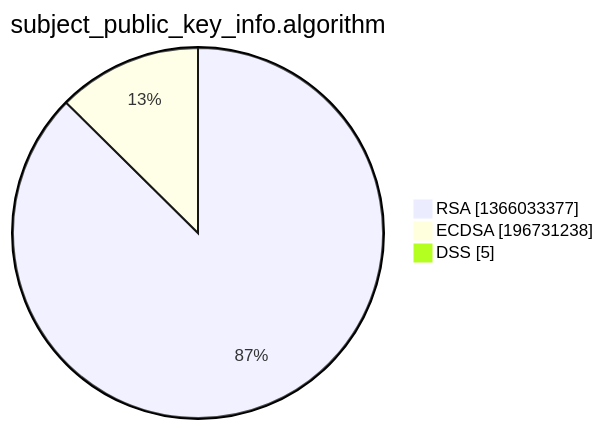
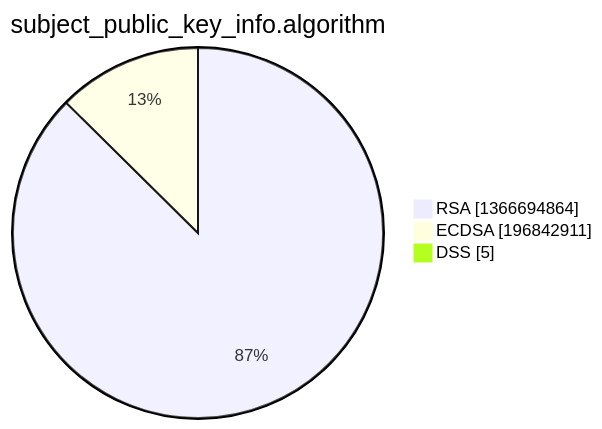
The third of 15 diagrams in xenon2022/README.md (christiankrug/ctmonitor_visualization), drawn with Mermaid before and after one commit. The commit also changed other lines of this file, not shown here.

````diff
--- a/xenon2022/README.md
+++ b/xenon2022/README.md
@@ -14,7 +14,7 @@
 ```mermaid
 pie showData
 title subject_public_key_info.algorithm
-"RSA" :1366033377
-"ECDSA" :196731238
+"RSA" :1366694864
+"ECDSA" :196842911
 "DSS" :5
 ```
````
